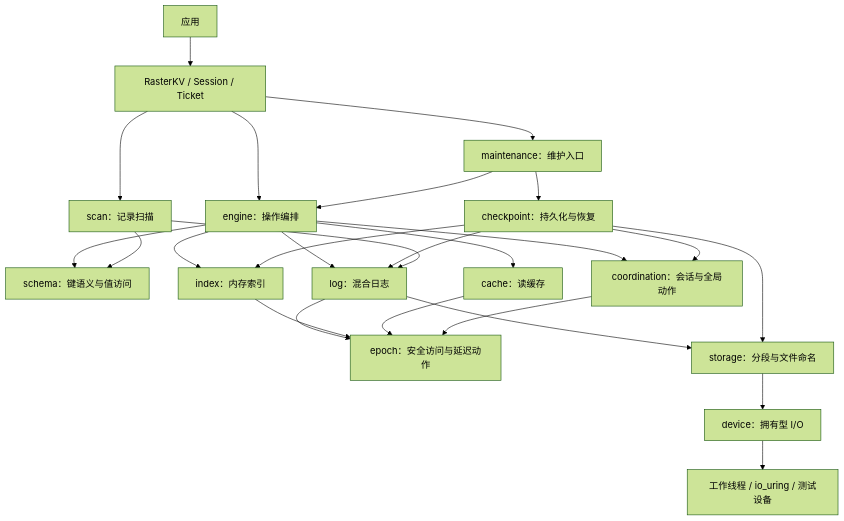
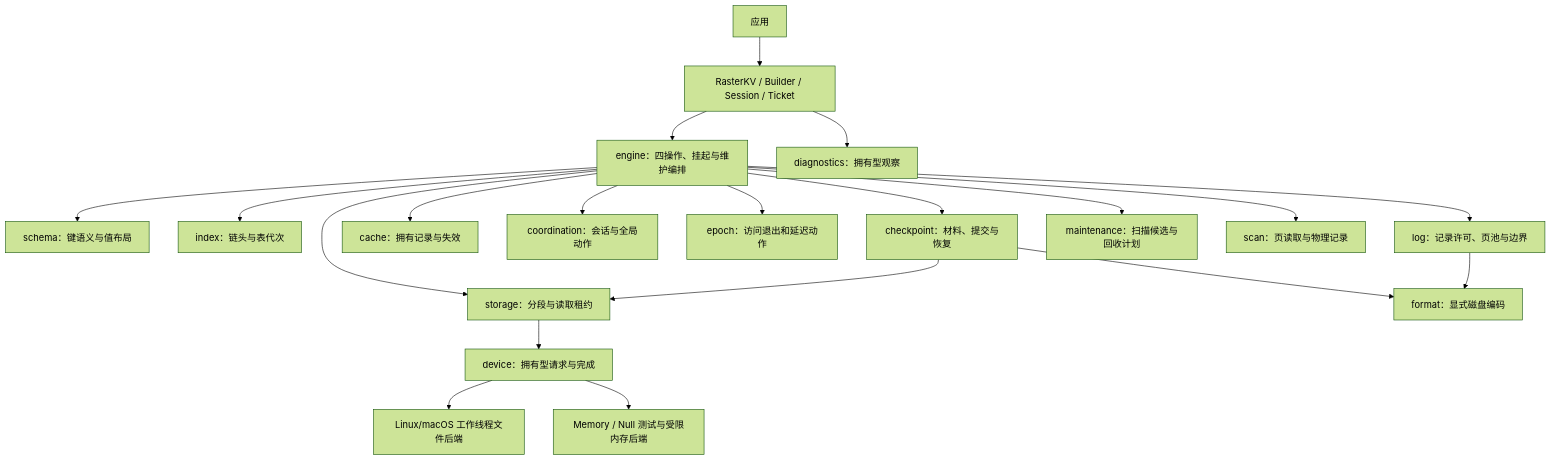
The diagram in docs/09-RasterKV模块设计.md (wayslog/raster), drawn with Mermaid (forest theme) before and after one commit. The commit also changed other lines of this file and 17 other files, not shown here.

````diff
--- a/docs/09-RasterKV模块设计.md
+++ b/docs/09-RasterKV模块设计.md
@@ -17,27 +15,22 @@
 ```mermaid
 flowchart TD
-  U[应用] --> API[RasterKV / Session / Ticket]
-  API --> E[engine：操作编排]
-  API --> M[maintenance：维护入口]
-  API --> SC[scan：记录扫描]
-  E --> S[schema：键语义与值访问]
-  E --> I[index：内存索引]
-  E --> L[log：混合日志]
-  E --> C[cache：读缓存]
+  A[应用] --> API[RasterKV / Builder / Session / Ticket]
+  API --> E[engine：四操作、挂起与维护编排]
+  API --> DG[diagnostics：拥有型观察]
+  E --> S[schema：键语义与值布局]
+  E --> I[index：链头与表代次]
+  E --> L[log：记录许可、页池与边界]
+  E --> C[cache：拥有记录与失效]
   E --> CO[coordination：会话与全局动作]
-  M --> E
-  M --> P[checkpoint：持久化与恢复]
-  P --> CO
-  P --> I
-  P --> L
-  SC --> L
-  SC --> S
-  L --> EP[epoch：安全访问与延迟动作]
-  I --> EP
-  C --> EP
-  CO --> EP
-  L --> ST[storage：分段与文件命名]
-  P --> ST
-  ST --> D[device：拥有型 I/O]
-  D --> AD[工作线程 / io_uring / 测试设备]
+  E --> EP[epoch：访问退出和延迟动作]
+  E --> CP[checkpoint：材料、提交与恢复]
+  E --> M[maintenance：扫描候选与回收计划]
+  E --> SC[scan：页读取与物理记录]
+  E --> ST[storage：分段与读取租约]
+  CP --> ST
+  ST --> D[device：拥有型请求与完成]
+  D --> TP[Linux/macOS 工作线程文件后端]
+  D --> MD[Memory / Null 测试与受限内存后端]
+  CP --> F[format：显式磁盘编码]
+  L --> F
 ```
````
